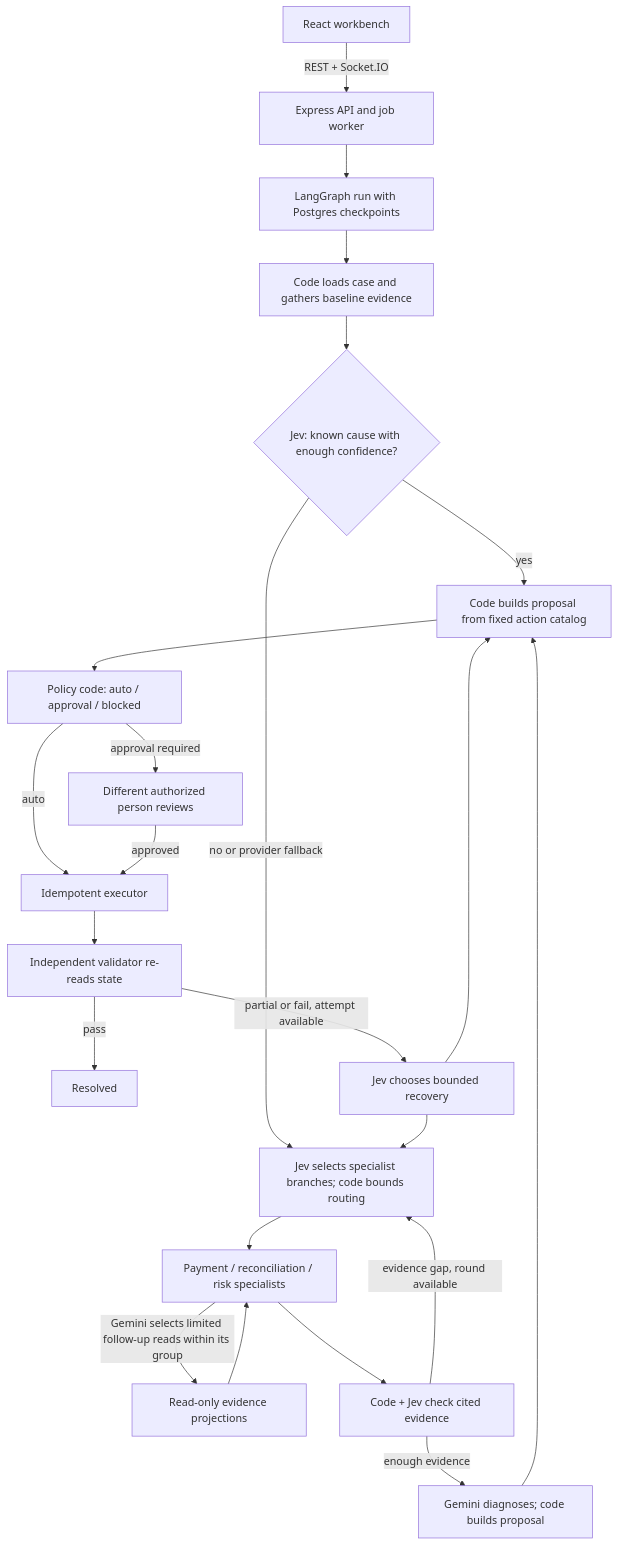
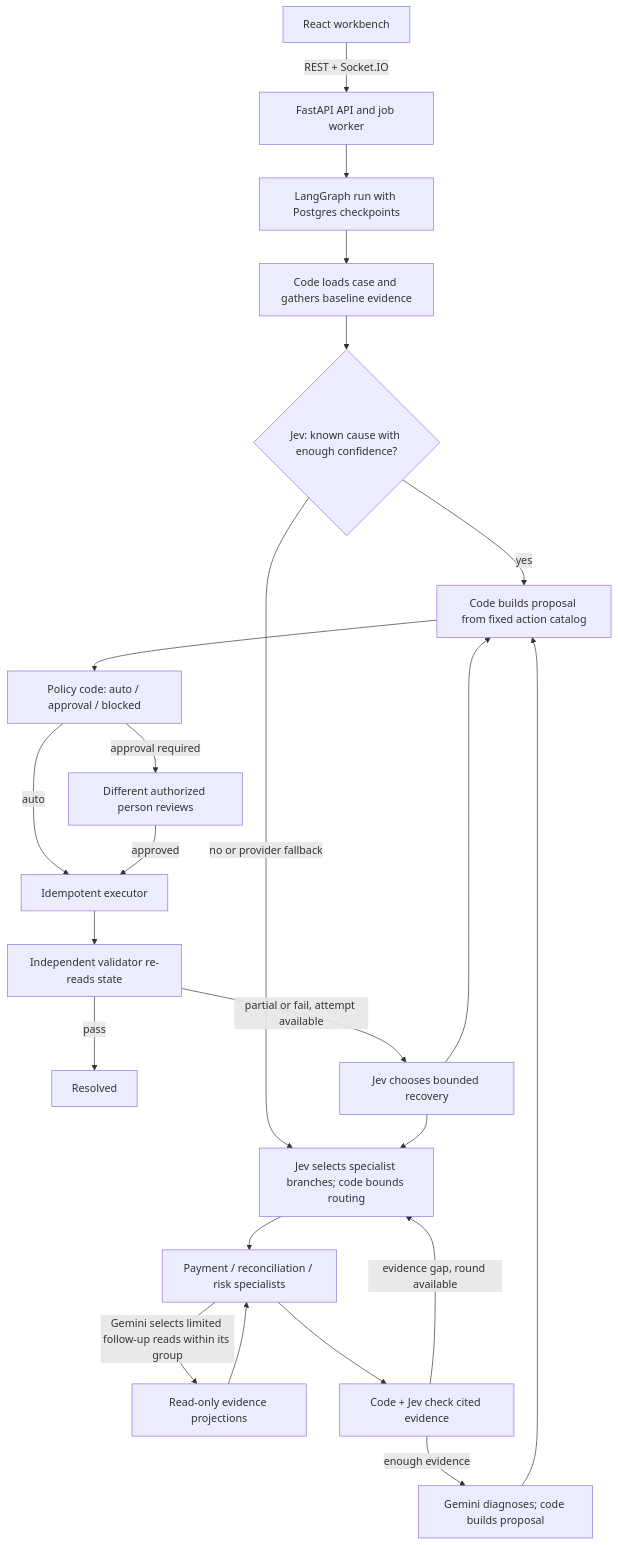
One commit to BLAZE7SHADOW/PayOps-AI changed the second of 2 diagrams in README.md. Above: the diagram before and after it, drawn with Mermaid. The commit also changed other lines of this file and 310 other files, not shown here.

````diff
--- a/README.md
+++ b/README.md
@@ -143,25 +140,25 @@
 ```mermaid
 flowchart TD
-  UI[React workbench] -->|REST + Socket.IO| API[Express API and job worker]
+  UI[React workbench] -->|REST + Socket.IO| API[FastAPI API and job worker]
   API --> GRAPH[LangGraph run with Postgres checkpoints]
   GRAPH --> BASE[Code loads case and gathers baseline evidence]
   BASE --> FAST{Jev: known cause with enough confidence?}
   FAST -->|yes| PROPOSE[Code builds proposal from fixed action catalog]
   FAST -->|no or provider fallback| PLAN[Jev selects specialist branches; code bounds routing]
   PLAN --> SPEC[Payment / reconciliation / risk specialists]
   SPEC -->|Gemini selects limited follow-up reads within its group| READ[Read-only evidence projections]
   READ --> SPEC
   SPEC --> GROUND[Code + Jev check cited evidence]
   GROUND -->|evidence gap, round available| PLAN
   GROUND -->|enough evidence| DIAG[Gemini diagnoses; code builds proposal]
   DIAG --> PROPOSE
   PROPOSE --> POLICY[Policy code: auto / approval / blocked]
   POLICY -->|approval required| HUMAN[Different authorized person reviews]
   POLICY -->|auto| EXEC[Idempotent executor]
   HUMAN -->|approved| EXEC
   EXEC --> VALID[Independent validator re-reads state]
   VALID -->|pass| DONE[Resolved]
   VALID -->|partial or fail, attempt available| REPLAN[Jev chooses bounded recovery]
   REPLAN --> PLAN
   REPLAN --> PROPOSE
 ```
````
